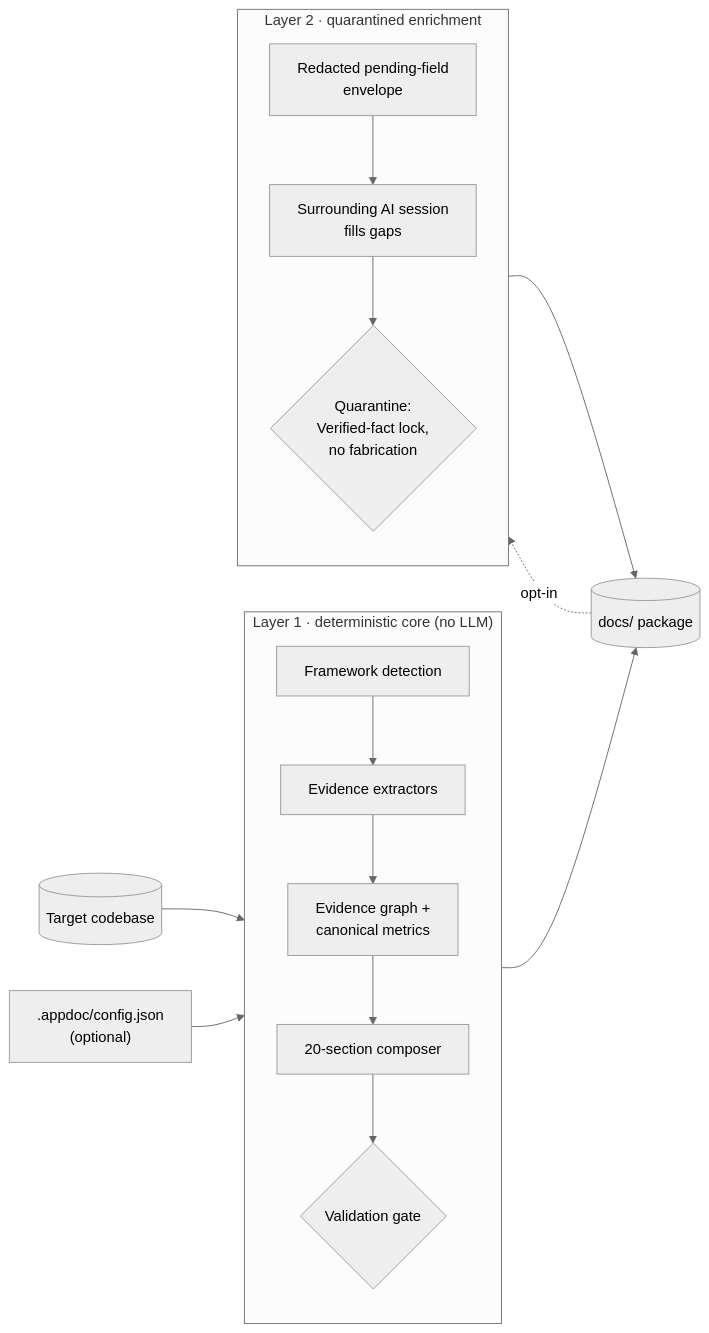
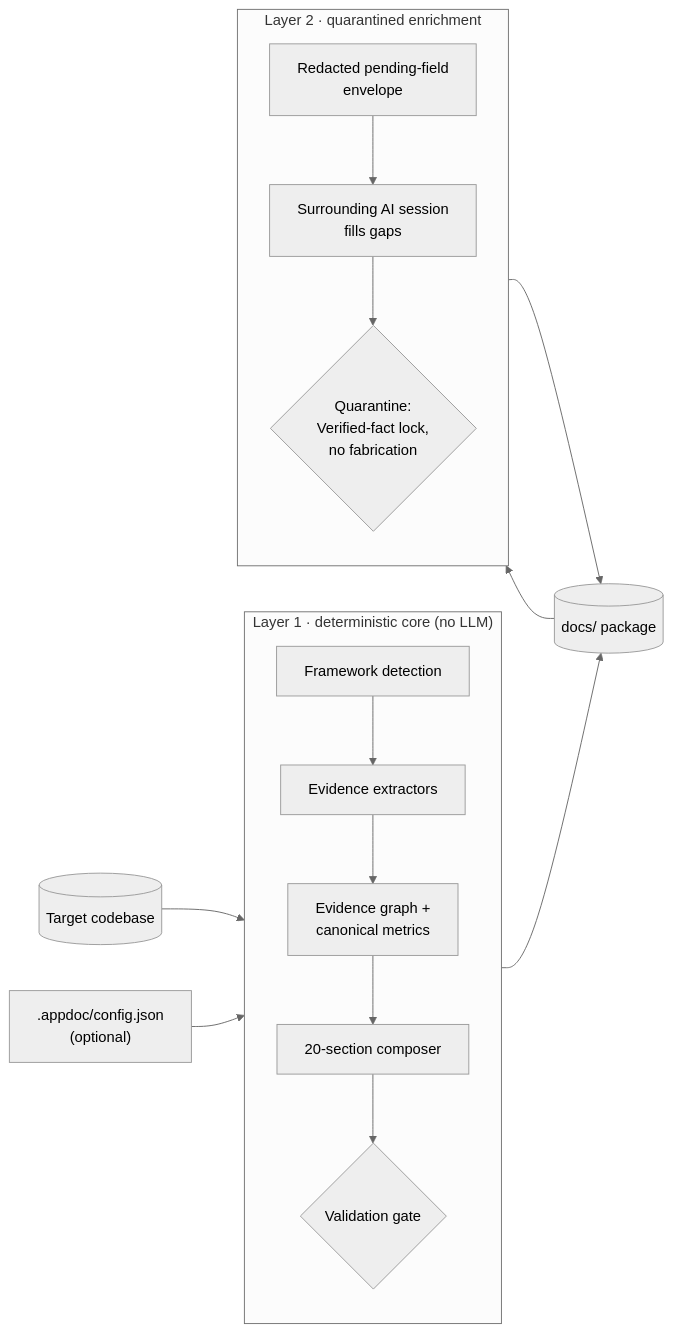
One commit to HeWhoRoams/AppDoc changed the first of 6 diagrams in README.md. Above: the diagram before and after it, drawn with Mermaid (neutral theme). The commit also changed other lines of this file and 17 other files, not shown here.

````diff
--- a/README.md
+++ b/README.md
@@ -50,20 +50,20 @@
 ```mermaid
 flowchart LR
     T[(Target codebase)] --> L1
     C[".appdoc/config.json<br/>(optional)"] --> L1
     subgraph L1["Layer 1 · deterministic core (no LLM)"]
         direction TB
         D[Framework detection] --> E[Evidence extractors]
         E --> G[Evidence graph +<br/>canonical metrics]
         G --> M[20-section composer]
         M --> V{Validation gate}
     end
     V --> O[(docs/ package)]
-    O -. opt-in .-> L2
+    O --> L2
     subgraph L2["Layer 2 · quarantined enrichment"]
         direction TB
         R[Redacted pending-field<br/>envelope] --> S[Surrounding AI session<br/>fills gaps]
         S --> Q{Quarantine:<br/>Verified-fact lock,<br/>no fabrication}
     end
     Q --> O
 ```
````
